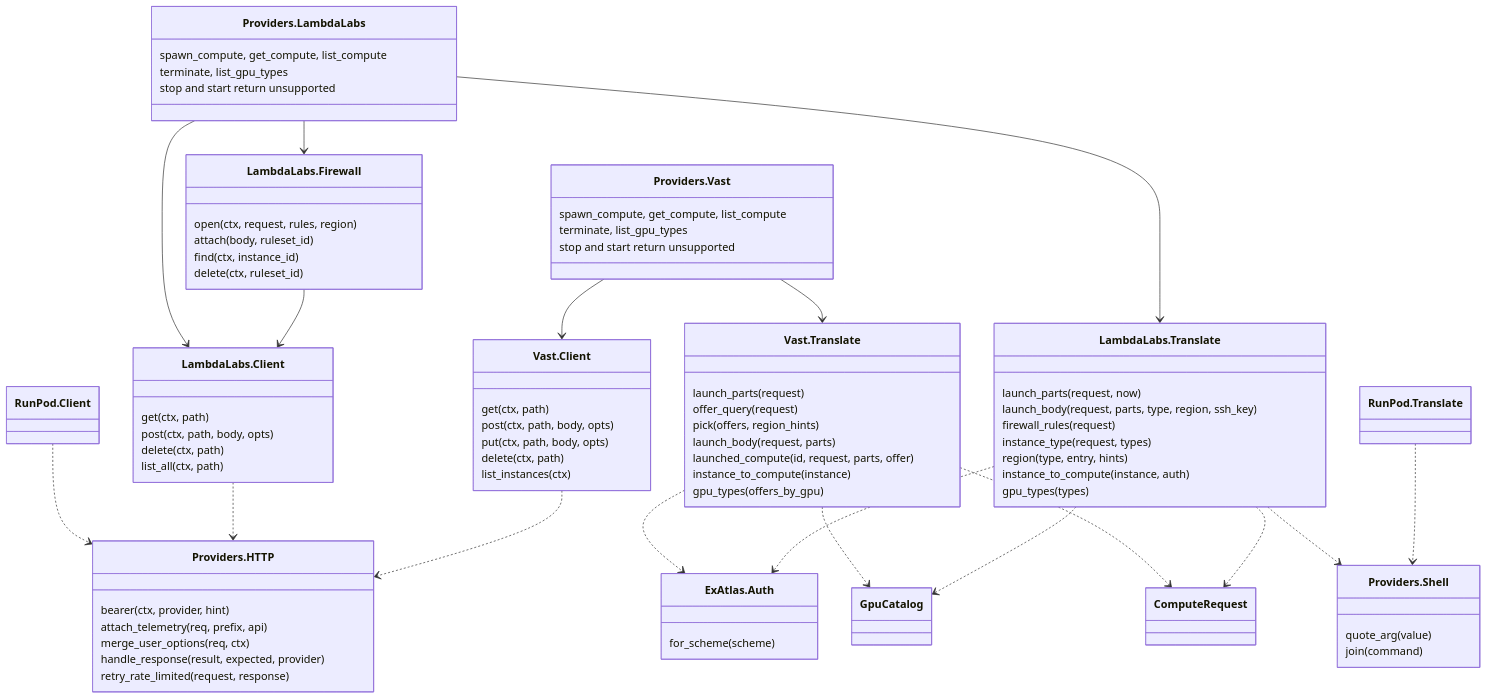
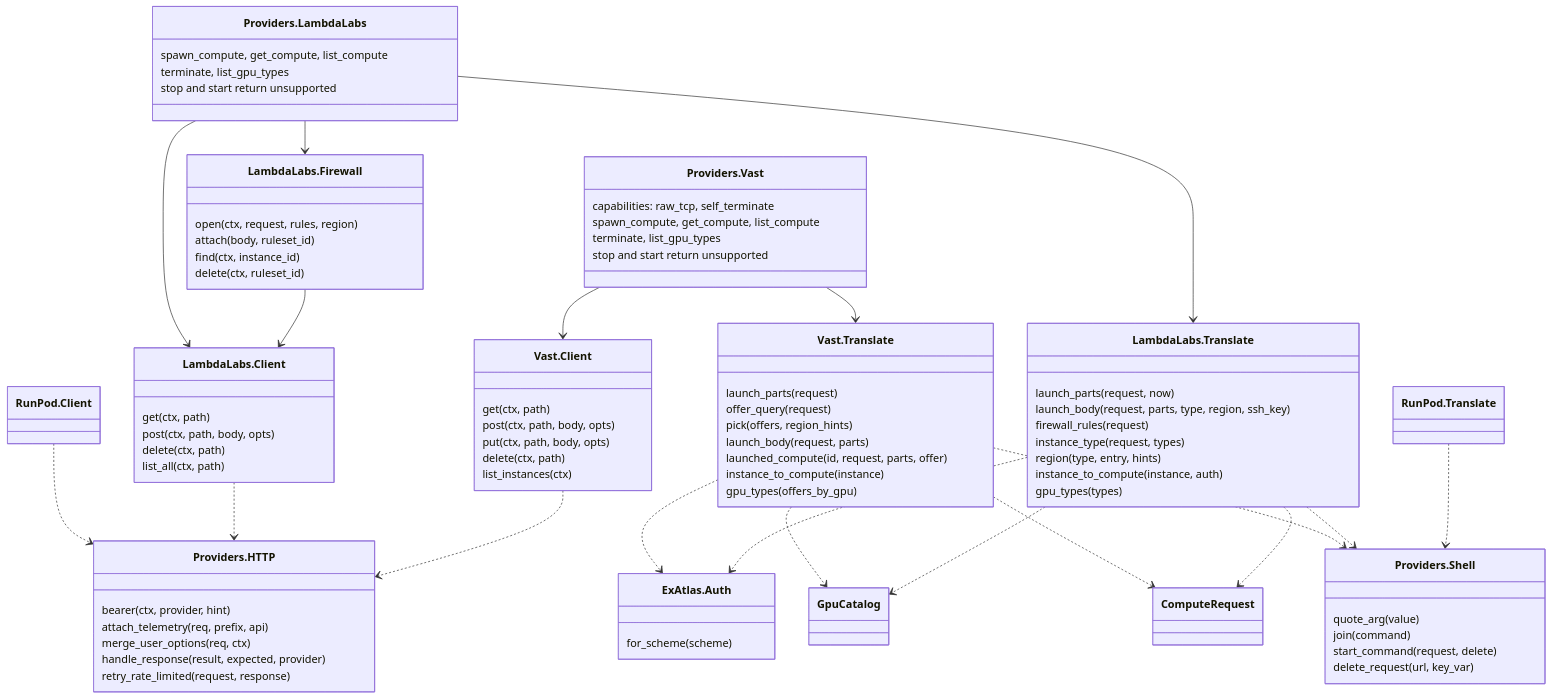
One commit to udin-io/ex_atlas changed the seventh of 7 diagrams in docs/architecture.md. Above: the diagram before and after it, drawn with Mermaid. The commit also changed other lines of this file and 18 other files, not shown here.

First line of the commit message:
Vast.ai: command:, self-termination, run_task/1 and the Reaper (slice 2) (#108)

```diff
--- a/docs/architecture.md
+++ b/docs/architecture.md
@@ -347,8 +352,11 @@
   class Shell["Providers.Shell"] {
     quote_arg(value)
     join(command)
+    start_command(request, delete)
+    delete_request(url, key_var)
   }
   class Vast["Providers.Vast"] {
+    capabilities: raw_tcp, self_terminate
     spawn_compute, get_compute, list_compute
     terminate, list_gpu_types
     stop and start return unsupported
@@ -378,6 +386,7 @@
   VastTranslate ..> Auth
   VastTranslate ..> GpuCatalog
   VastTranslate ..> ComputeRequest
+  VastTranslate ..> Shell
   LambdaLabs --> LambdaClient
   LambdaLabs --> LambdaTranslate
   LambdaLabs --> LambdaFirewall
```
